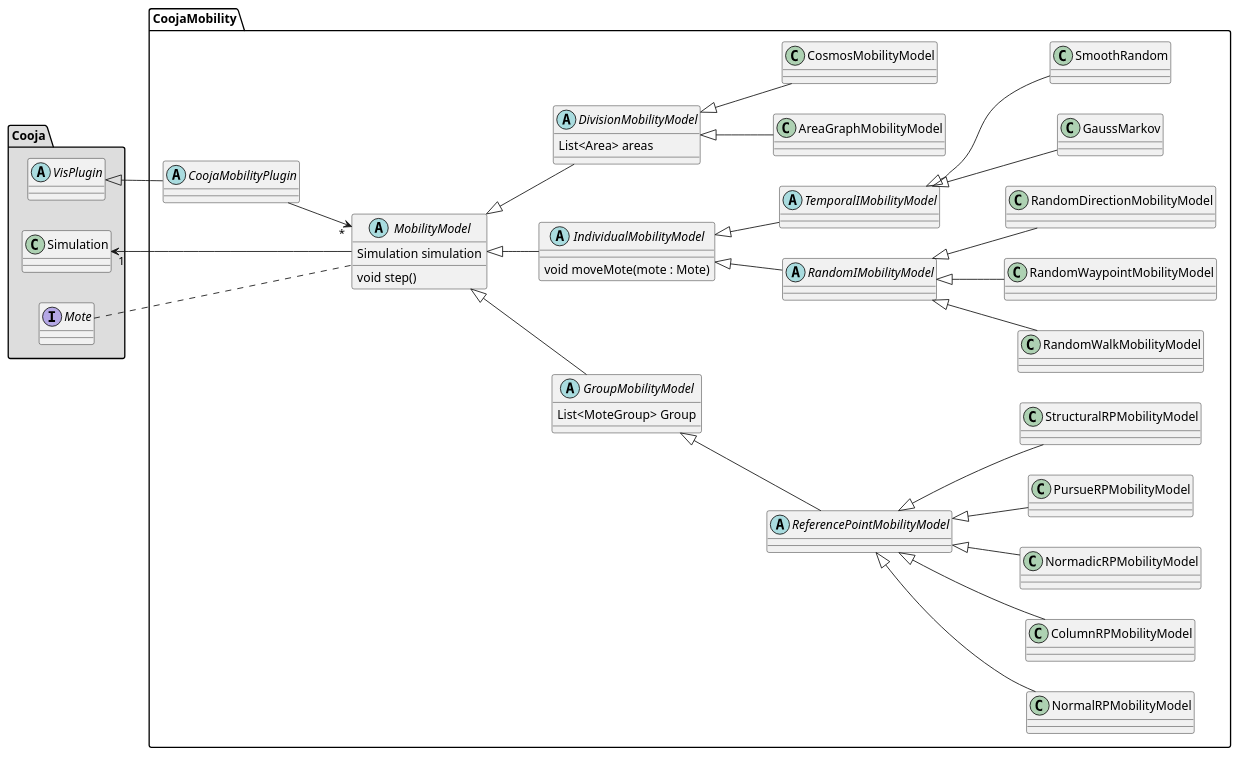
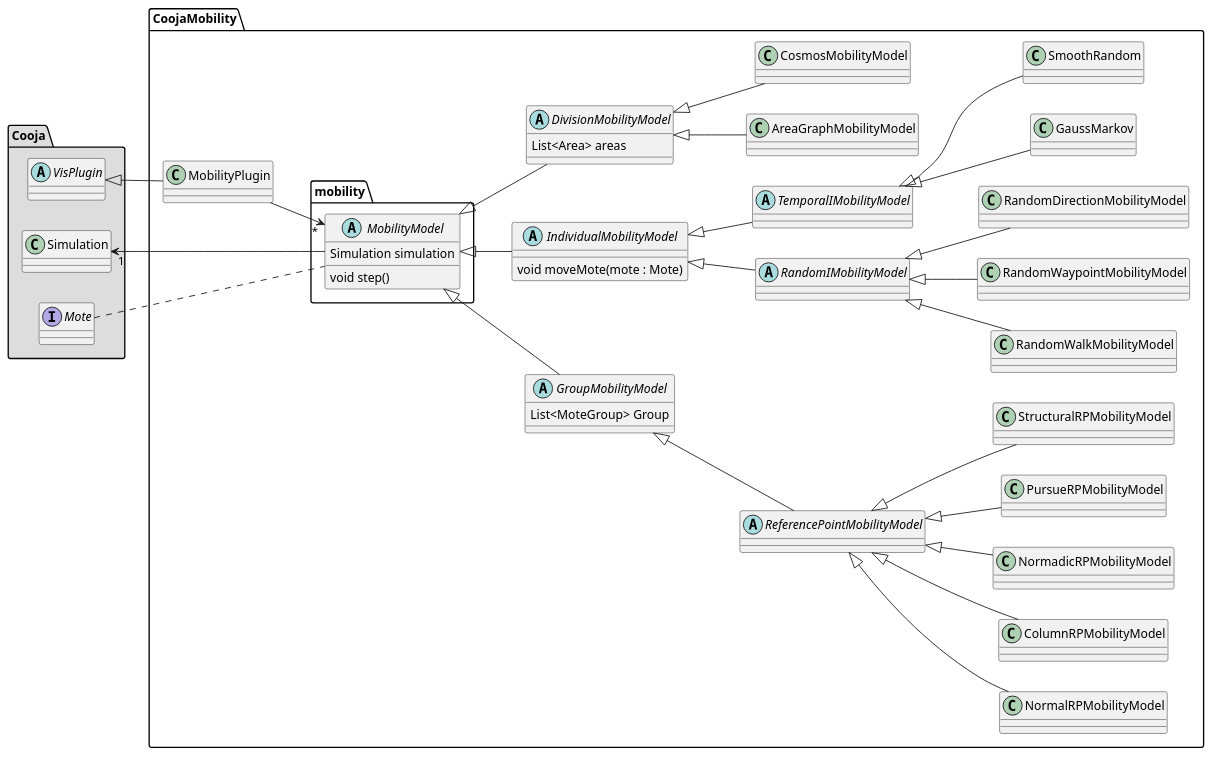
One commit to dpvdberg/CoojaMobility changed the diagram in uml/MobilityUML.puml. Above: the diagram before and after it, drawn with PlantUML. The commit also changed 18 other files, not shown here.

```diff
--- a/uml/MobilityUML.puml
+++ b/uml/MobilityUML.puml
@@ -1,72 +1,72 @@
 @startuml
 left to right direction
 
 package "Cooja" #DDDDDD {
     abstract VisPlugin
     class Simulation
     interface Mote
 }
 
 package "CoojaMobility" {
-    abstract CoojaMobilityPlugin
-    abstract MobilityModel {
+    class MobilityPlugin
+    abstract mobility.MobilityModel {
         Simulation simulation
         void step()
     }
     abstract GroupMobilityModel {
         List<MoteGroup> Group
     }
     abstract IndividualMobilityModel {
         void moveMote(mote : Mote)
     }
 
     abstract RandomIMobilityModel
     abstract TemporalIMobilityModel
     abstract ReferencePointMobilityModel
 
     abstract DivisionMobilityModel {
         List<Area> areas
     }
 
-    VisPlugin <|-- CoojaMobilityPlugin
-    Simulation "1" <-- MobilityModel
-    Mote ... MobilityModel
+    VisPlugin <|-- MobilityPlugin
+    Simulation "1" <-- mobility.MobilityModel
+    Mote ... mobility.MobilityModel
 
-    CoojaMobilityPlugin --> "*" MobilityModel
-    MobilityModel <|-- GroupMobilityModel
-    MobilityModel <|-- IndividualMobilityModel
-    MobilityModel <|-- DivisionMobilityModel
+    MobilityPlugin --> "*" mobility.MobilityModel
+    mobility.MobilityModel <|-- GroupMobilityModel
+    mobility.MobilityModel <|-- IndividualMobilityModel
+    mobility.MobilityModel <|-- DivisionMobilityModel
 
     ' INDIVIDUAL MOBILITY MODELS
     IndividualMobilityModel <|-- RandomIMobilityModel
     IndividualMobilityModel <|-- TemporalIMobilityModel
 
     ' INDIVIDUAL RANDOM MOBILITY MODELS
     RandomIMobilityModel <|-- RandomWalkMobilityModel
     RandomIMobilityModel <|-- RandomWaypointMobilityModel
     RandomIMobilityModel <|-- RandomDirectionMobilityModel
 
     ' INDIVIDUAL TEMPORAL MOBILITY MODELS
     TemporalIMobilityModel <|-- GaussMarkov
     TemporalIMobilityModel <|-- SmoothRandom
 
     ' GROUP MOBILITY MODELS
     GroupMobilityModel <|-- ReferencePointMobilityModel
 
     class NormalRPMobilityModel
     class ColumnRPMobilityModel
     class NormadicRPMobilityModel
     class PursueRPMobilityModel
     class StructuralRPMobilityModel
 
     ReferencePointMobilityModel <|-- NormalRPMobilityModel
     ReferencePointMobilityModel <|-- ColumnRPMobilityModel
     ReferencePointMobilityModel <|-- NormadicRPMobilityModel
     ReferencePointMobilityModel <|-- PursueRPMobilityModel
     ReferencePointMobilityModel <|-- StructuralRPMobilityModel
 
     ' DIVISION MOBILITY MODELS
     DivisionMobilityModel <|-- AreaGraphMobilityModel
     DivisionMobilityModel <|-- CosmosMobilityModel
 }
 @enduml
```
